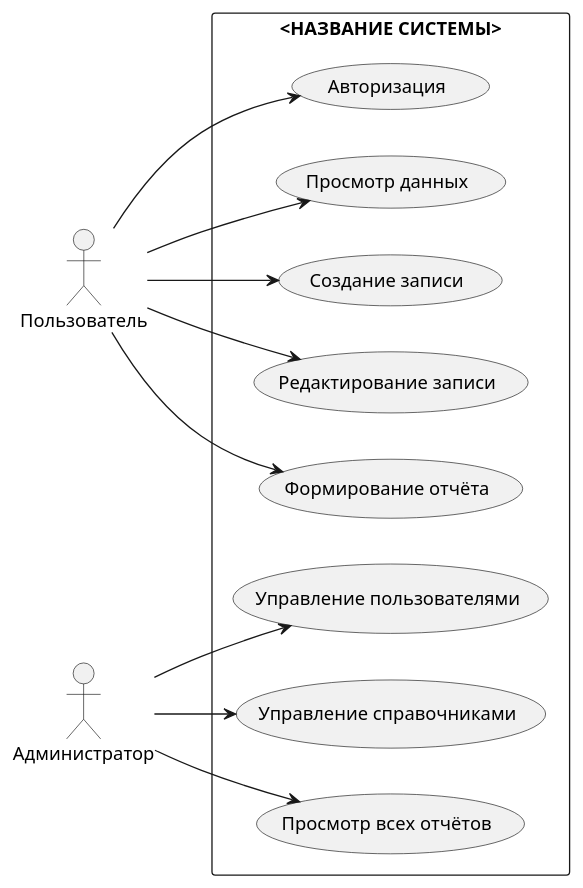
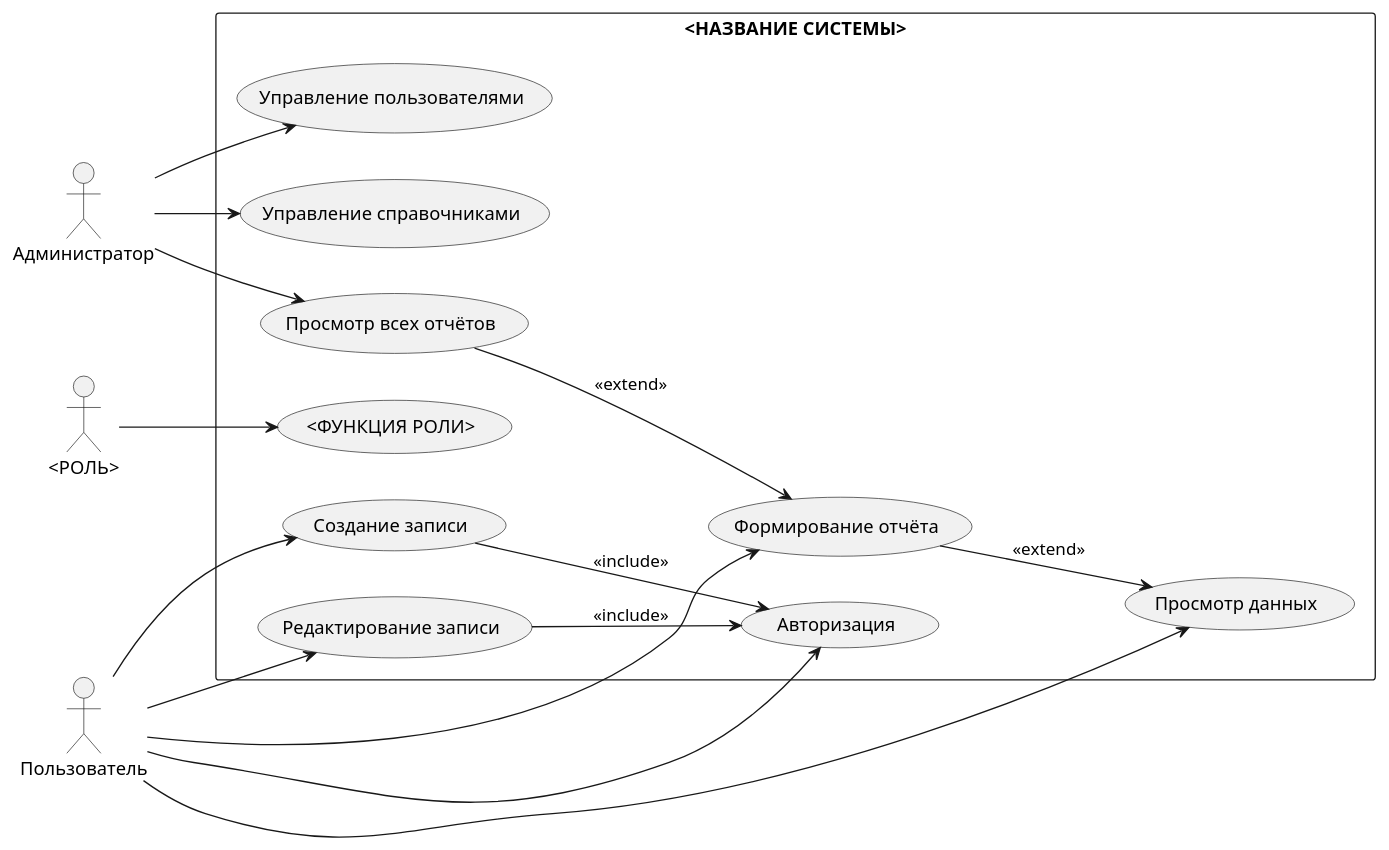
The first of 6 diagrams in diagrams.md (TheLim148/modular_exam), drawn with PlantUML before and after one commit. The commit also changed other lines of this file, not shown here.

Commit message:
Added diagrams

````diff
--- a/diagrams.md
+++ b/diagrams.md
@@ -14,19 +14,32 @@
 ```plantuml
 @startuml
 left to right direction
+
 actor User as "Пользователь"
 actor Admin as "Администратор"
+actor Extra as "<РОЛЬ>"
 
 rectangle "<НАЗВАНИЕ СИСТЕМЫ>" {
+
+  ' --- ВЗАИМОСВЯЗИ include / extend ---
+  (Создание записи) --> (Авторизация) : <<include>>
+  (Редактирование записи) --> (Авторизация) : <<include>>
+
+  (Формирование отчёта) --> (Просмотр данных) : <<extend>>
+  (Просмотр всех отчётов) --> (Формирование отчёта) : <<extend>>
+
+  ' --- АКТЁРЫ ---
   User --> (Авторизация)
   User --> (Просмотр данных)
   User --> (Создание записи)
   User --> (Редактирование записи)
   User --> (Формирование отчёта)
 
+  Admin --> (Просмотр всех отчётов)
   Admin --> (Управление пользователями)
   Admin --> (Управление справочниками)
-  Admin --> (Просмотр всех отчётов)
+
+  Extra --> (<ФУНКЦИЯ РОЛИ>)
 }
 @enduml
 ```
````
